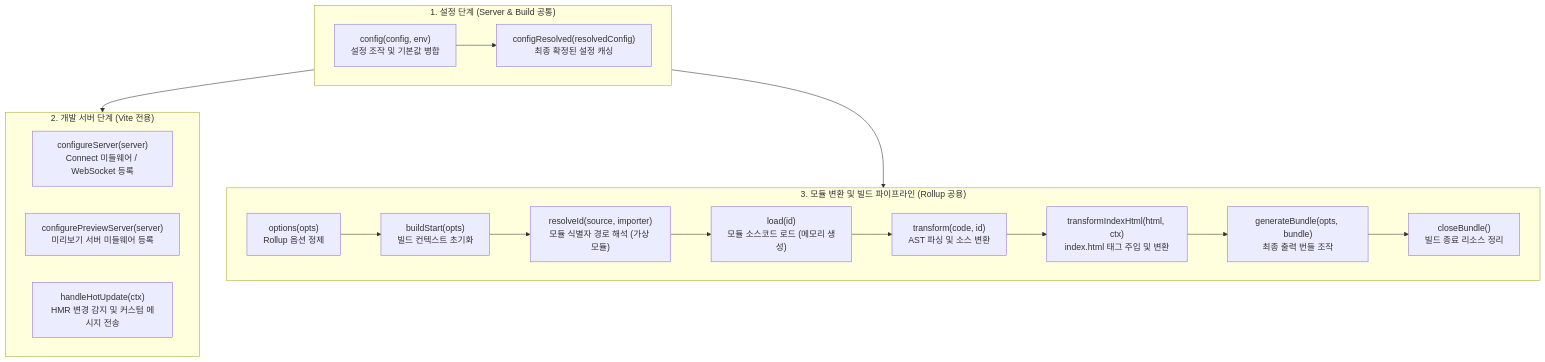
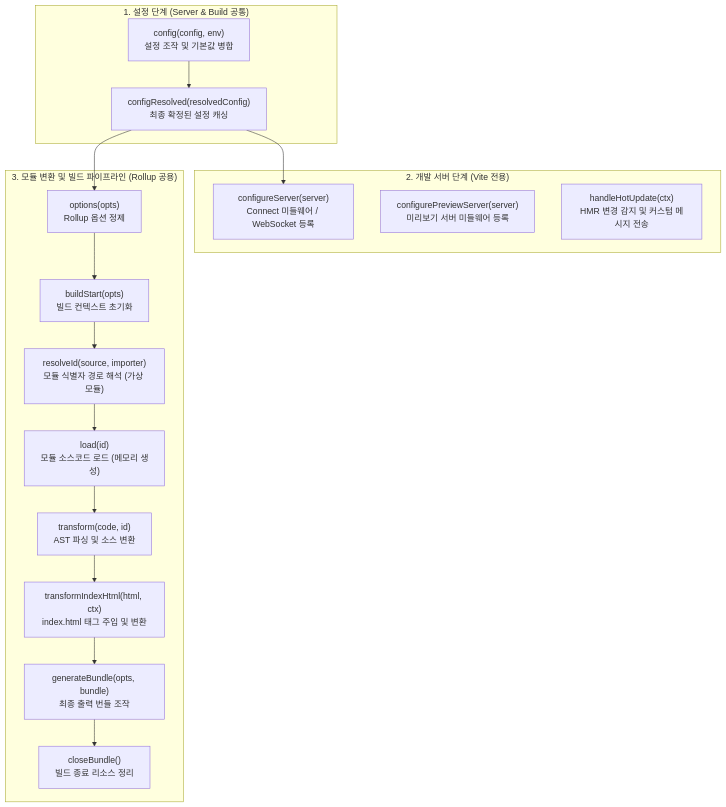
Before and after one commit to cmsong111/blog: the diagram in _posts/Vite/2026-09-21-vite-plugin-lifecycle-hooks-overview.md, drawn with Mermaid. The commit also changed 96 other files, not shown here.

````diff
--- a/_posts/Vite/2026-09-21-vite-plugin-lifecycle-hooks-overview.md
+++ b/_posts/Vite/2026-09-21-vite-plugin-lifecycle-hooks-overview.md
@@ -27,30 +27,26 @@
 ```mermaid
 flowchart TD
     subgraph ConfigHooks["1. 설정 단계 (Server & Build 공통)"]
         H_config["config(config, env)<br/>설정 조작 및 기본값 병합"]
         H_configResolved["configResolved(resolvedConfig)<br/>최종 확정된 설정 캐싱"]
         H_config --> H_configResolved
     end
-
     subgraph DevHooks["2. 개발 서버 단계 (Vite 전용)"]
         H_configureServer["configureServer(server)<br/>Connect 미들웨어 / WebSocket 등록"]
         H_configurePreview["configurePreviewServer(server)<br/>미리보기 서버 미들웨어 등록"]
         H_handleHotUpdate["handleHotUpdate(ctx)<br/>HMR 변경 감지 및 커스텀 메시지 전송"]
     end
-
     subgraph BuildHooks["3. 모듈 변환 및 빌드 파이프라인 (Rollup 공용)"]
         H_options["options(opts)<br/>Rollup 옵션 정제"]
         H_buildStart["buildStart(opts)<br/>빌드 컨텍스트 초기화"]
         H_resolveId["resolveId(source, importer)<br/>모듈 식별자 경로 해석 (가상 모듈)"]
         H_load["load(id)<br/>모듈 소스코드 로드 (메모리 생성)"]
         H_transform["transform(code, id)<br/>AST 파싱 및 소스 변환"]
         H_transformIndexHtml["transformIndexHtml(html, ctx)<br/>index.html 태그 주입 및 변환"]
         H_generateBundle["generateBundle(opts, bundle)<br/>최종 출력 번들 조작"]
         H_closeBundle["closeBundle()<br/>빌드 종료 리소스 정리"]
-
         H_options --> H_buildStart --> H_resolveId --> H_load --> H_transform --> H_transformIndexHtml --> H_generateBundle --> H_closeBundle
     end
-
-    ConfigHooks --> DevHooks
-    ConfigHooks --> BuildHooks
+    H_configResolved --> H_configureServer
+    H_configResolved --> H_options
 ```
````
